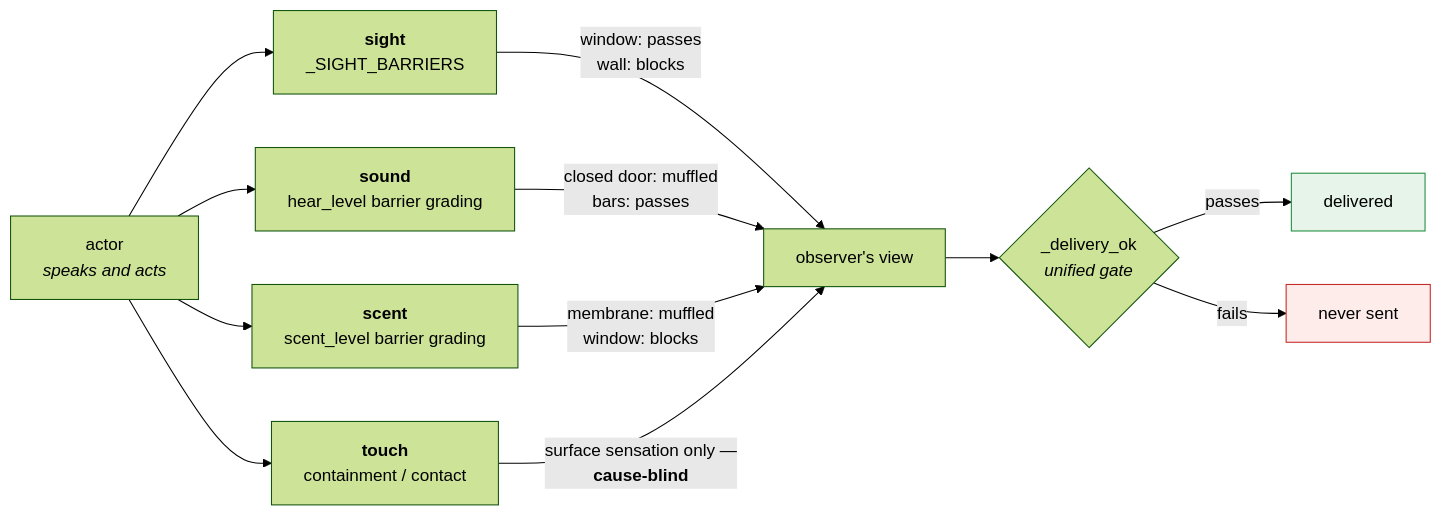
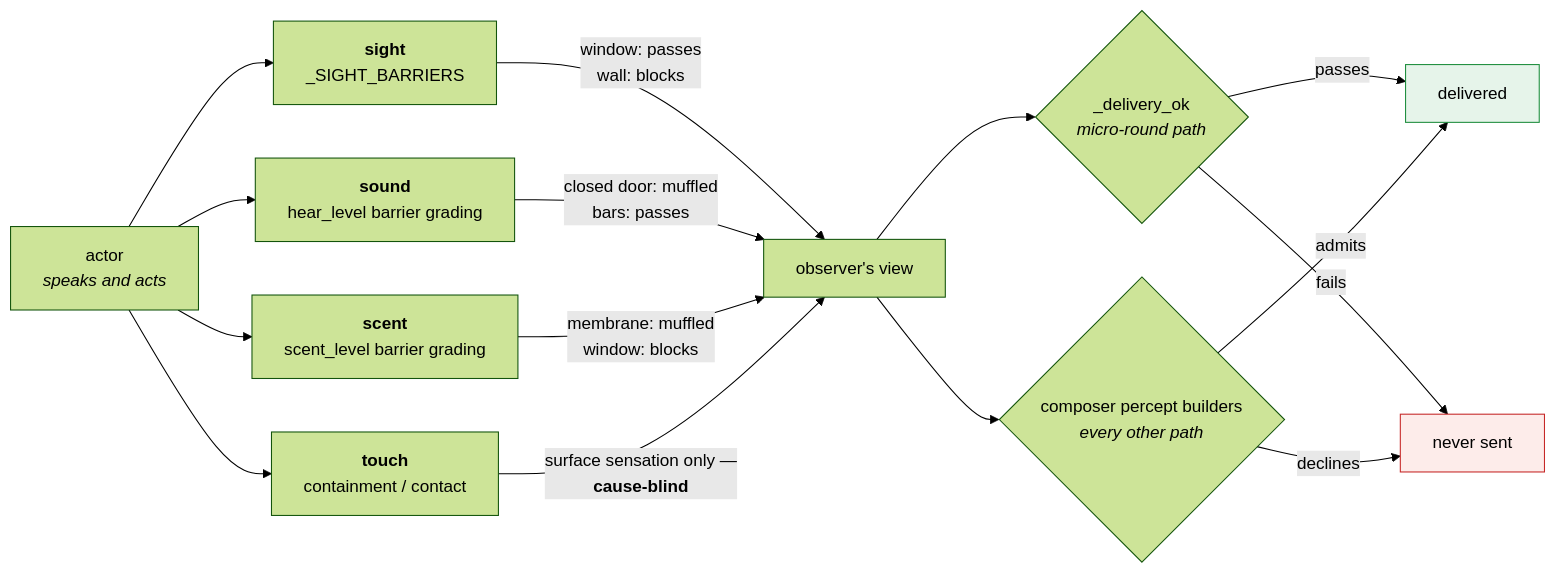
The fourth of 9 diagrams in docs/guides/ENGINEERING.md (N0819/Sonder_Engine), drawn with Mermaid (forest theme) before and after one commit. The commit also changed 1 other file, not shown here.

Commit message:
The word "unified" survived in the two places nobody reads as prose
PERCEPTION-F2 / COMMON-8 residue. The row was reported closed, and the three
sites the plan named are correct: `AGENTS.md:199`, `PIPELINE.md:531` and
`ENGINEERING.md:268` all now say `_delivery_ok` has two callers, both in
`agents/loops.py`, and that perception and the composer re-derive the same four
questions.

Two sites were missed, both of a kind that a prose pass skips: the middle of
`AGENTS.md`'s edit-routing table row, which still called it "the unified
`_delivery_ok` gate", and `ENGINEERING.md`'s sensory-channel mermaid diagram,
whose decision node was labelled `_delivery_ok / unified gate`. A diagram is
the strongest claim a document makes -- it says there is ONE box, and a reader
who takes the picture at its word will consolidate into a gate that half the
engine does not call.

The diagram now shows both paths reaching the same delivered/never-sent
outcomes, which is what is actually true and also shows the drift risk
`UNBUILT.md` 3.8 exists to hold.

````diff
--- a/docs/guides/ENGINEERING.md
+++ b/docs/guides/ENGINEERING.md
@@ -308,21 +308,24 @@
 ```mermaid
 flowchart LR
     A["actor<br/><i>speaks and acts</i>"]
 
     A --> S["<b>sight</b><br/>_SIGHT_BARRIERS"]
     A --> H["<b>sound</b><br/>hear_level barrier grading"]
     A --> C["<b>scent</b><br/>scent_level barrier grading"]
     A --> TCH["<b>touch</b><br/>containment / contact"]
 
     S -->|"window: passes<br/>wall: blocks"| O["observer's view"]
     H -->|"closed door: muffled<br/>bars: passes"| O
     C -->|"membrane: muffled<br/>window: blocks"| O
     TCH -->|"surface sensation only —<br/><b>cause-blind</b>"| O
 
-    O --> D{"_delivery_ok<br/><i>unified gate</i>"}
+    O --> D{"_delivery_ok<br/><i>micro-round path</i>"}
+    O --> P{"composer percept builders<br/><i>every other path</i>"}
     D -->|"passes"| V["delivered"]
     D -->|"fails"| X["never sent"]
+    P -->|"admits"| V
+    P -->|"declines"| X
 
     style X fill:#fdecea,stroke:#c62828
     style V fill:#e6f4ea,stroke:#1e8e3e
 ```
````
